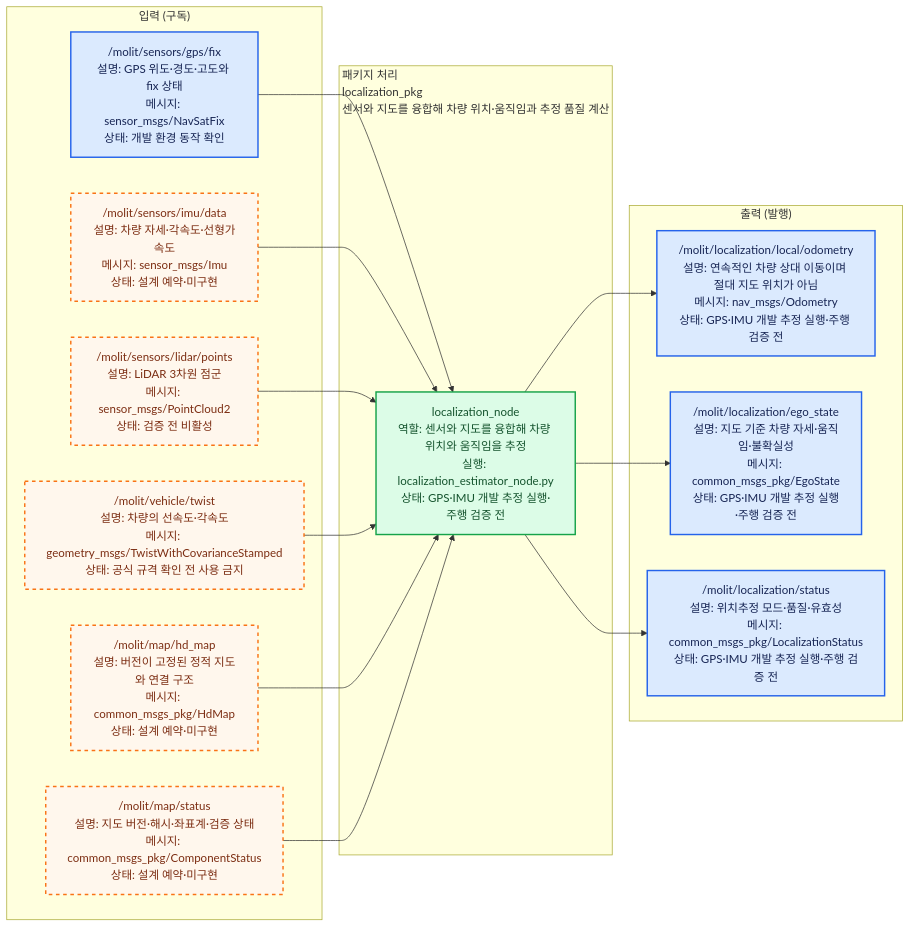
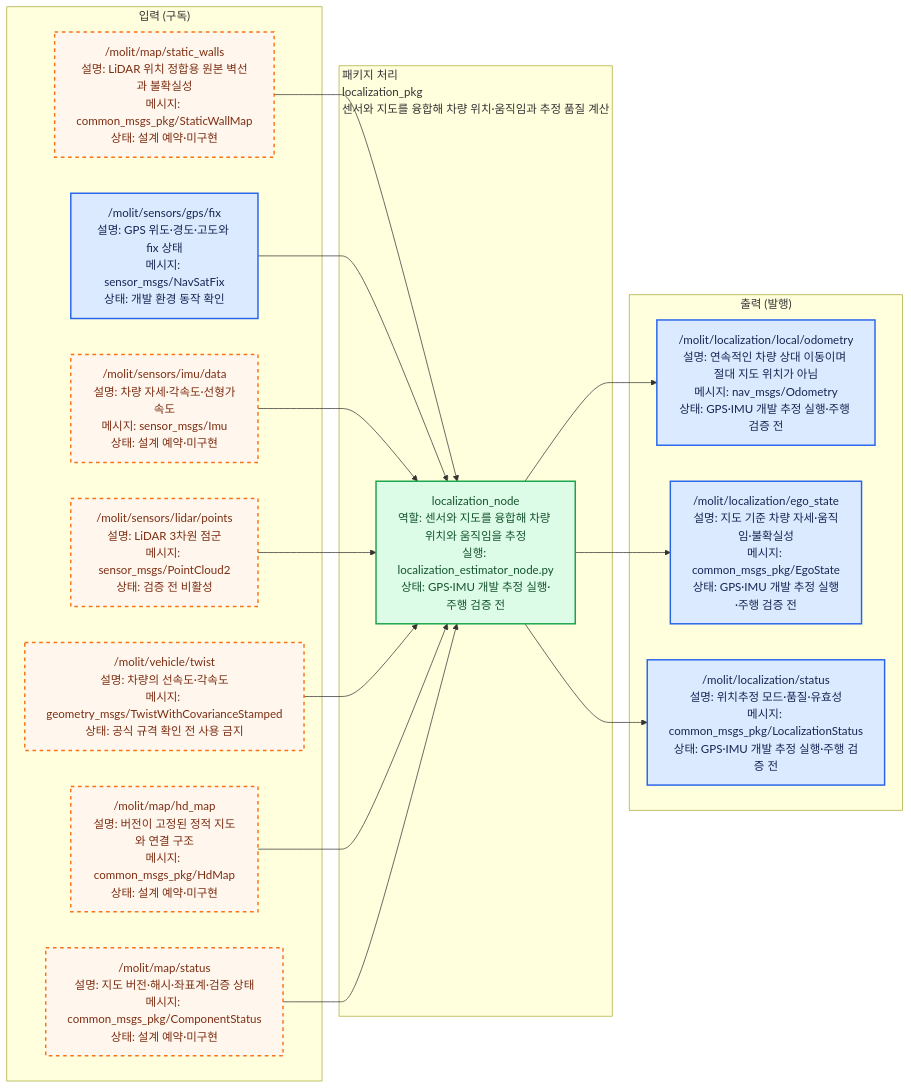
The diagram in src/localization_pkg/docs/interface_io.mmd (Team-Stier/Morai_Sim_team2), drawn with Mermaid before and after one commit. The commit also changed 42 other files, not shown here.

```diff
--- a/src/localization_pkg/docs/interface_io.mmd
+++ b/src/localization_pkg/docs/interface_io.mmd
@@ -1,47 +1,50 @@
 %% AUTO-GENERATED by ros_architecture_pkg/scripts/generate_interface_diagrams.py. DO NOT EDIT.
 %% Source of truth: ros_architecture_pkg/config/interface_contract.yaml
 flowchart LR
     classDef liveNode fill:#dcfce7,color:#14532d,stroke:#16a34a,stroke-width:2px;
     classDef reservedNode fill:#f3f4f6,color:#374151,stroke:#9ca3af,stroke-width:2px,stroke-dasharray: 5 5;
     classDef liveTopic fill:#dbeafe,color:#172554,stroke:#2563eb,stroke-width:2px;
     classDef reservedTopic fill:#fff7ed,color:#7c2d12,stroke:#f97316,stroke-width:2px,stroke-dasharray: 5 5;
     classDef emptyPort fill:#ffffff,color:#6b7280,stroke:#d1d5db,stroke-dasharray: 3 3;
     classDef externalEndpoint fill:#f3e8ff,color:#581c87,stroke:#9333ea,stroke-width:3px;
 
     subgraph INPUTS["입력 (구독)"]
-        input_000["/molit/sensors/gps/fix<br/>설명: GPS 위도·경도·고도와 fix 상태<br/>메시지: sensor_msgs/NavSatFix<br/>상태: 개발 환경 동작 확인"]
-        input_001["/molit/sensors/imu/data<br/>설명: 차량 자세·각속도·선형가속도<br/>메시지: sensor_msgs/Imu<br/>상태: 설계 예약·미구현"]
-        input_002["/molit/sensors/lidar/points<br/>설명: LiDAR 3차원 점군<br/>메시지: sensor_msgs/PointCloud2<br/>상태: 검증 전 비활성"]
-        input_003["/molit/vehicle/twist<br/>설명: 차량의 선속도·각속도<br/>메시지: geometry_msgs/TwistWithCovarianceStamped<br/>상태: 공식 규격 확인 전 사용 금지"]
-        input_004["/molit/map/hd_map<br/>설명: 버전이 고정된 정적 지도와 연결 구조<br/>메시지: common_msgs_pkg/HdMap<br/>상태: 설계 예약·미구현"]
-        input_005["/molit/map/status<br/>설명: 지도 버전·해시·좌표계·검증 상태<br/>메시지: common_msgs_pkg/ComponentStatus<br/>상태: 설계 예약·미구현"]
+        input_000["/molit/map/static_walls<br/>설명: LiDAR 위치 정합용 원본 벽선과 불확실성<br/>메시지: common_msgs_pkg/StaticWallMap<br/>상태: 설계 예약·미구현"]
+        input_001["/molit/sensors/gps/fix<br/>설명: GPS 위도·경도·고도와 fix 상태<br/>메시지: sensor_msgs/NavSatFix<br/>상태: 개발 환경 동작 확인"]
+        input_002["/molit/sensors/imu/data<br/>설명: 차량 자세·각속도·선형가속도<br/>메시지: sensor_msgs/Imu<br/>상태: 설계 예약·미구현"]
+        input_003["/molit/sensors/lidar/points<br/>설명: LiDAR 3차원 점군<br/>메시지: sensor_msgs/PointCloud2<br/>상태: 검증 전 비활성"]
+        input_004["/molit/vehicle/twist<br/>설명: 차량의 선속도·각속도<br/>메시지: geometry_msgs/TwistWithCovarianceStamped<br/>상태: 공식 규격 확인 전 사용 금지"]
+        input_005["/molit/map/hd_map<br/>설명: 버전이 고정된 정적 지도와 연결 구조<br/>메시지: common_msgs_pkg/HdMap<br/>상태: 설계 예약·미구현"]
+        input_006["/molit/map/status<br/>설명: 지도 버전·해시·좌표계·검증 상태<br/>메시지: common_msgs_pkg/ComponentStatus<br/>상태: 설계 예약·미구현"]
     end
     subgraph PACKAGE["패키지 처리<br/>localization_pkg<br/>센서와 지도를 융합해 차량 위치·움직임과 추정 품질 계산"]
         local_node_000["localization_node<br/>역할: 센서와 지도를 융합해 차량 위치와 움직임을 추정<br/>실행: localization_estimator_node.py<br/>상태: GPS·IMU 개발 추정 실행·주행 검증 전"]
     end
     subgraph OUTPUTS["출력 (발행)"]
         output_000["/molit/localization/local/odometry<br/>설명: 연속적인 차량 상대 이동이며 절대 지도 위치가 아님<br/>메시지: nav_msgs/Odometry<br/>상태: GPS·IMU 개발 추정 실행·주행 검증 전"]
         output_001["/molit/localization/ego_state<br/>설명: 지도 기준 차량 자세·움직임·불확실성<br/>메시지: common_msgs_pkg/EgoState<br/>상태: GPS·IMU 개발 추정 실행·주행 검증 전"]
         output_002["/molit/localization/status<br/>설명: 위치추정 모드·품질·유효성<br/>메시지: common_msgs_pkg/LocalizationStatus<br/>상태: GPS·IMU 개발 추정 실행·주행 검증 전"]
     end
 
     input_000 --> local_node_000
     input_001 --> local_node_000
     input_002 --> local_node_000
     input_003 --> local_node_000
     input_004 --> local_node_000
     input_005 --> local_node_000
+    input_006 --> local_node_000
     local_node_000 --> output_000
     local_node_000 --> output_001
     local_node_000 --> output_002
 
     class local_node_000 liveNode;
-    class input_000 liveTopic;
-    class input_001 reservedTopic;
+    class input_000 reservedTopic;
+    class input_001 liveTopic;
     class input_002 reservedTopic;
     class input_003 reservedTopic;
     class input_004 reservedTopic;
     class input_005 reservedTopic;
+    class input_006 reservedTopic;
     class output_000 liveTopic;
     class output_001 liveTopic;
     class output_002 liveTopic;
```
